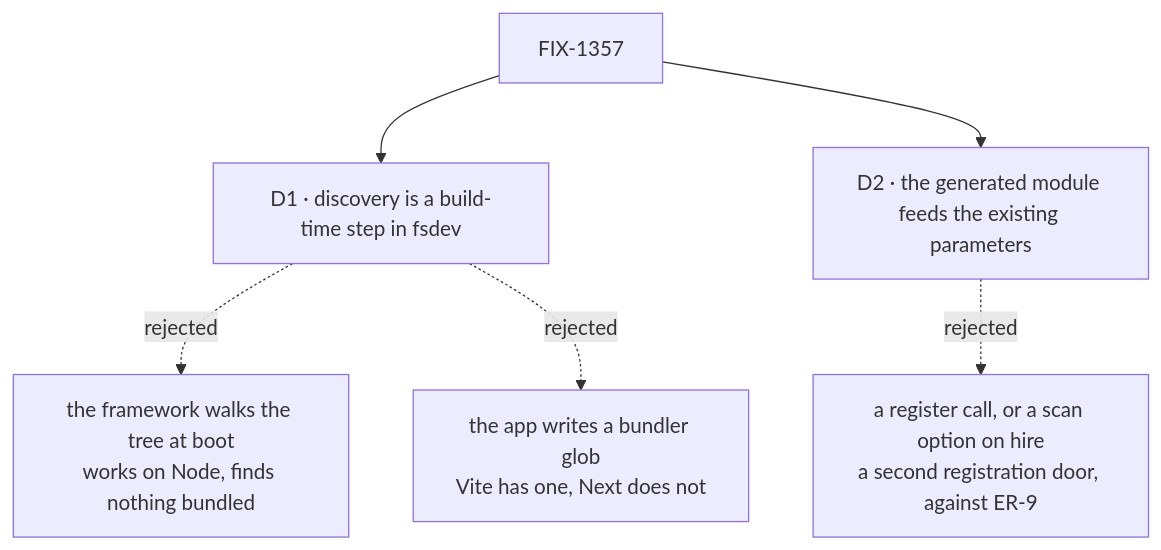
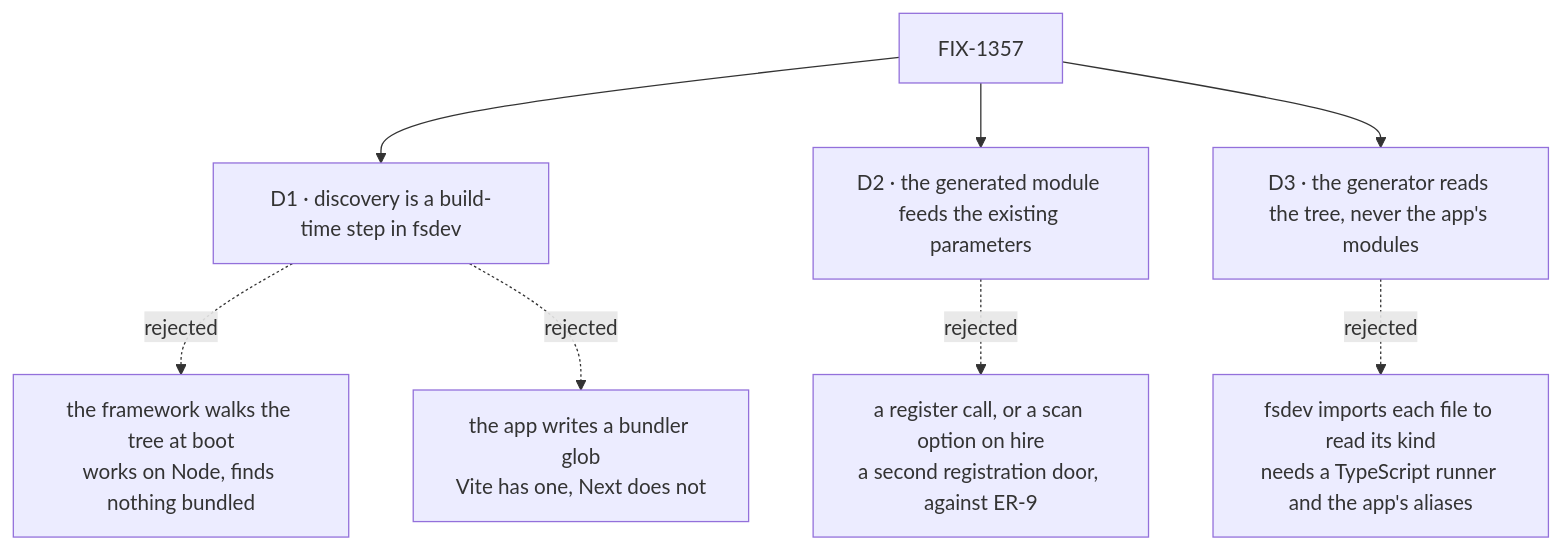
The diagram in spec/FIX-1357/DECISIONS.md (fixpoint-labs/flow-state-dev), drawn with Mermaid before and after one commit. The commit also changed other lines of this file and 6 other files, not shown here.

````diff
--- a/spec/FIX-1357/DECISIONS.md
+++ b/spec/FIX-1357/DECISIONS.md
@@ -11,8 +11,10 @@
 ```mermaid
 flowchart TD
   I["FIX-1357"] --> D1["D1 · discovery is a build-time step in fsdev"]
   D1 -.->|"rejected"| X1["the framework walks the tree at boot<br/>works on Node, finds nothing bundled"]
   D1 -.->|"rejected"| X2["the app writes a bundler glob<br/>Vite has one, Next does not"]
   I --> D2["D2 · the generated module feeds the existing parameters"]
   D2 -.->|"rejected"| X3["a register call, or a scan option on hire<br/>a second registration door, against ER-9"]
+  I --> D3["D3 · the generator reads the tree, never the app's modules"]
+  D3 -.->|"rejected"| X4["fsdev imports each file to read its kind<br/>needs a TypeScript runner and the app's aliases"]
 ```
````
